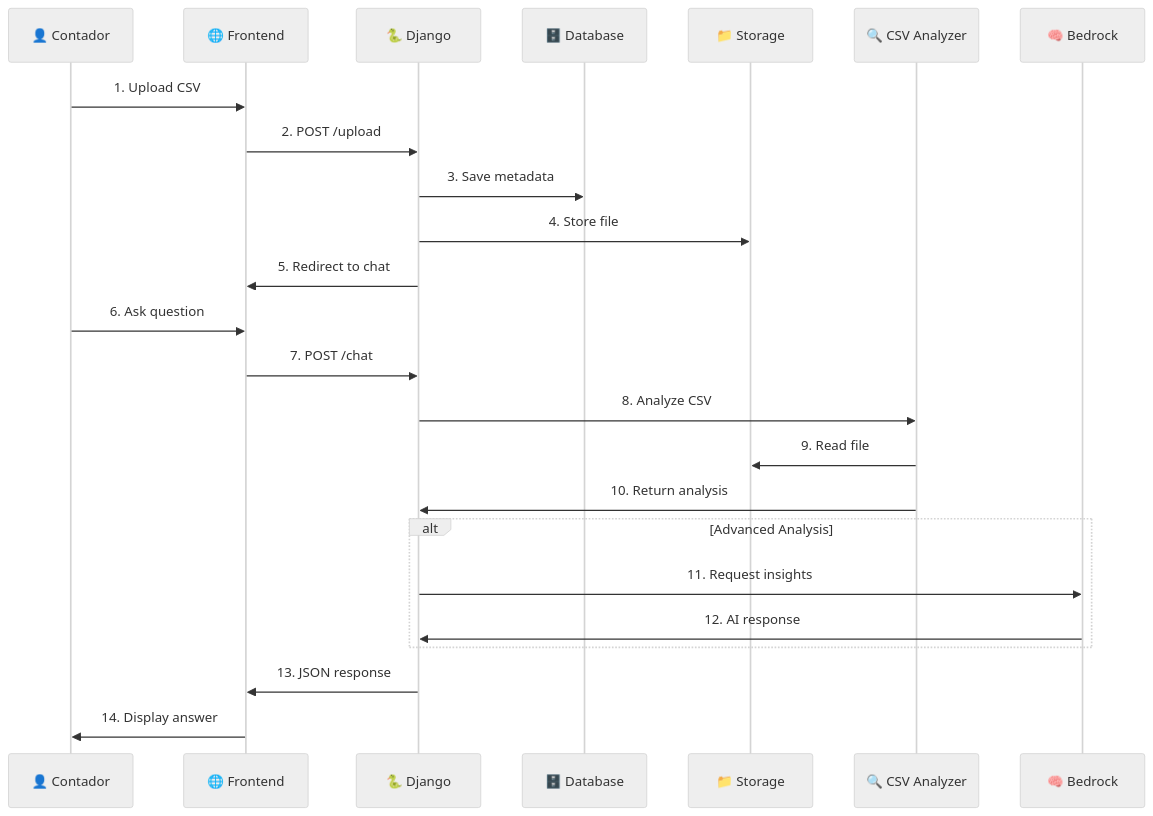
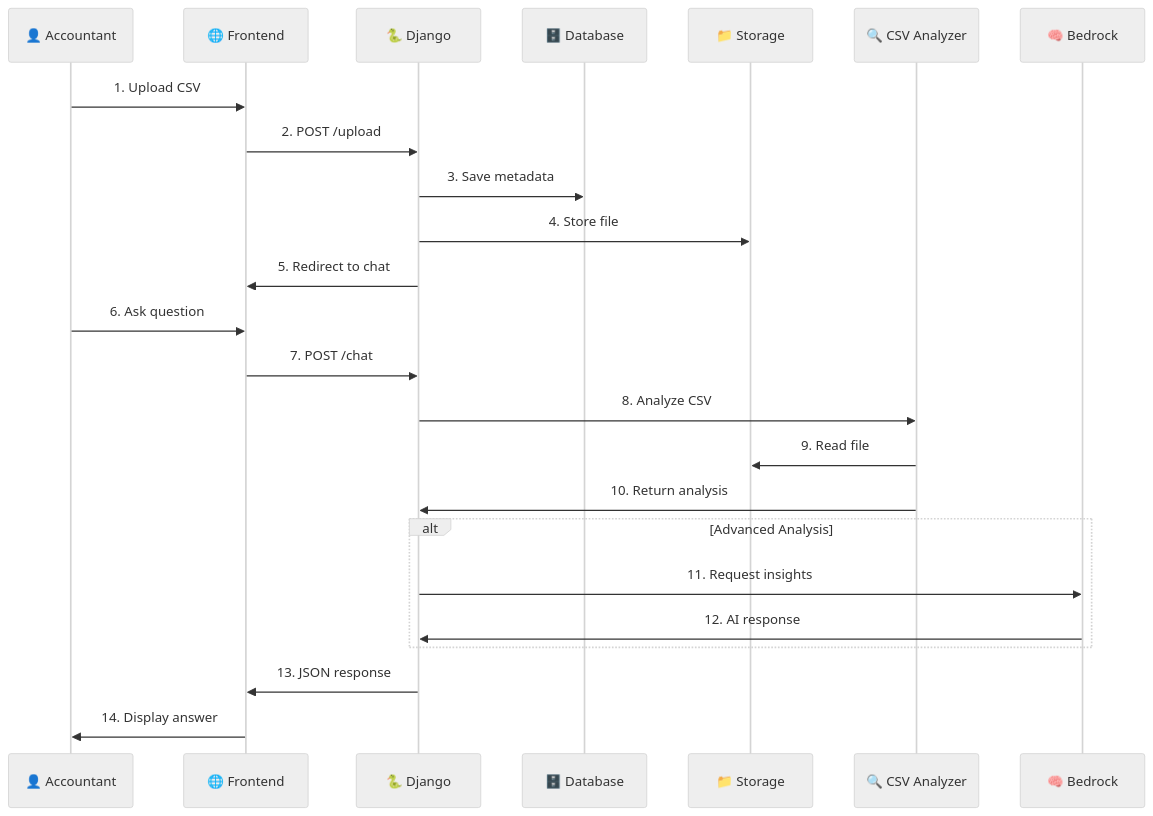
Before and after one commit to oVitorio-ac/ContAI-Finance: the second of 2 diagrams in docs/architecture/architecture-mermaid.md, drawn with Mermaid (neutral theme). The commit also changed other lines of this file and 10 other files, not shown here.

````diff
--- a/docs/architecture/architecture-mermaid.md
+++ b/docs/architecture/architecture-mermaid.md
@@ -46,30 +46,30 @@
 ```mermaid
 sequenceDiagram
-    participant C as 👤 Contador
+    participant C as 👤 Accountant
     participant F as 🌐 Frontend
     participant D as 🐍 Django
     participant DB as 🗄️ Database
     participant FS as 📁 Storage
     participant MCP as 🔍 CSV Analyzer
     participant BR as 🧠 Bedrock
     
     C->>F: 1. Upload CSV
     F->>D: 2. POST /upload
     D->>DB: 3. Save metadata
     D->>FS: 4. Store file
     D->>F: 5. Redirect to chat
     
     C->>F: 6. Ask question
     F->>D: 7. POST /chat
     D->>MCP: 8. Analyze CSV
     MCP->>FS: 9. Read file
     MCP->>D: 10. Return analysis
     
     alt Advanced Analysis
         D->>BR: 11. Request insights
         BR->>D: 12. AI response
     end
     
     D->>F: 13. JSON response
     F->>C: 14. Display answer
 ```
````
